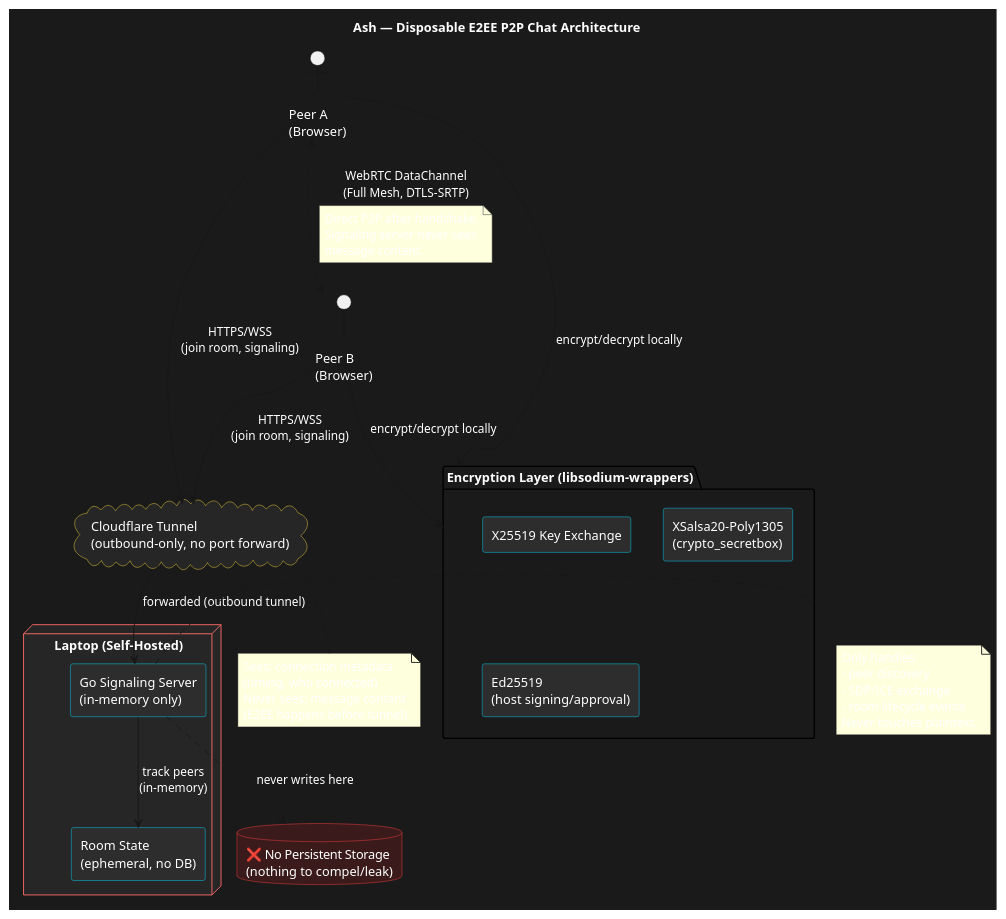
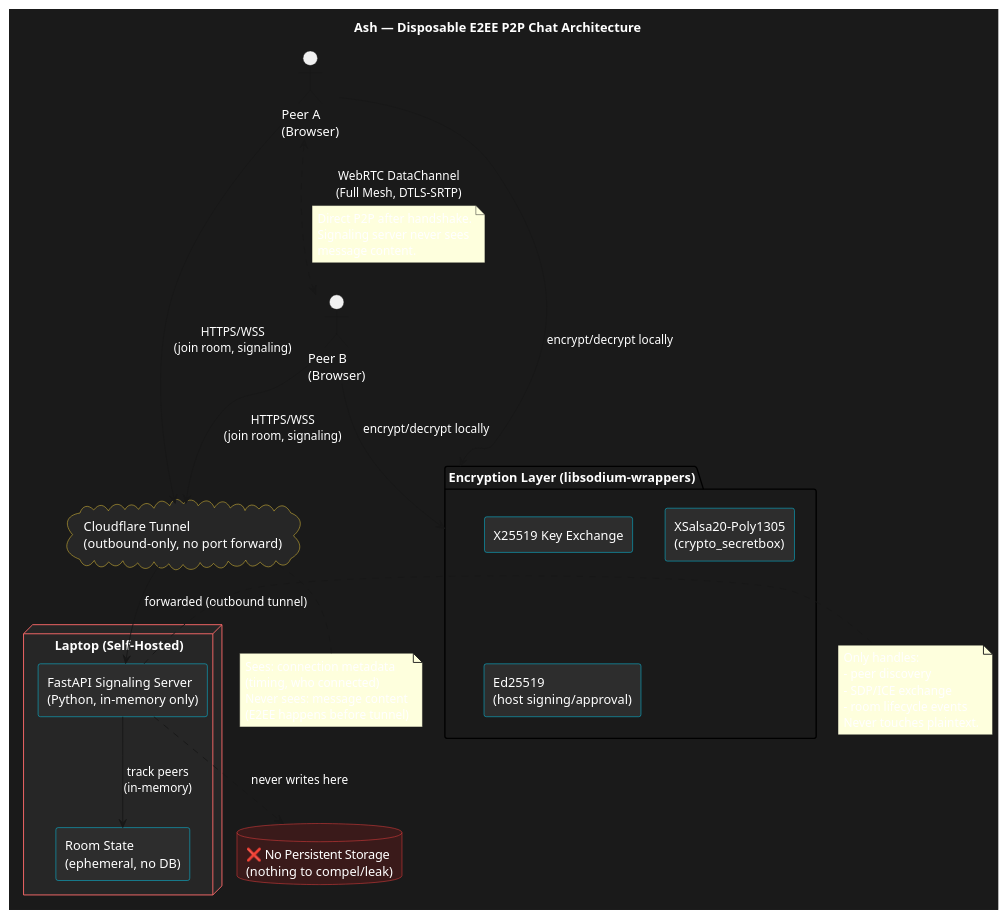
One commit to devansharora18/ash changed the diagram in docs/architecture/architecture.pu. Above: the diagram before and after it, drawn with PlantUML. The commit also changed 3 other files, not shown here.

```diff
--- a/docs/architecture/architecture.pu
+++ b/docs/architecture/architecture.pu
@@ -1,80 +1,80 @@
 @startuml Ash_Architecture
 
 skinparam backgroundColor #1a1a1a
 skinparam defaultFontColor #ffffff
 skinparam componentStyle rectangle
 
 skinparam component {
   BackgroundColor #2d2d2d
   BorderColor #00d9ff
   FontColor #ffffff
 }
 skinparam node {
   BackgroundColor #262626
   BorderColor #ff6b6b
   FontColor #ffffff
 }
 skinparam cloud {
   BackgroundColor #262626
   BorderColor #ffd93d
   FontColor #ffffff
 }
 skinparam database {
   BackgroundColor #3a1a1a
   BorderColor #ff4444
   FontColor #ffffff
 }
 
 title Ash — Disposable E2EE P2P Chat Architecture
 
 actor "Peer A\n(Browser)" as ClientA
 actor "Peer B\n(Browser)" as ClientB
 
 node "Laptop (Self-Hosted)" as Laptop {
-  component "Go Signaling Server\n(in-memory only)" as Signal
+  component "FastAPI Signaling Server\n(Python, in-memory only)" as Signal
   component "Room State\n(ephemeral, no DB)" as RoomState
 }
 
 cloud "Cloudflare Tunnel\n(outbound-only, no port forward)" as CF
 
 database "❌ No Persistent Storage\n(nothing to compel/leak)" as NoDB
 
 package "Encryption Layer (libsodium-wrappers)" as Crypto {
   component "X25519 Key Exchange" as KX
   component "XSalsa20-Poly1305\n(crypto_secretbox)" as Enc
   component "Ed25519\n(host signing/approval)" as Sign
 }
 
 ClientA --> CF : HTTPS/WSS\n(join room, signaling)
 ClientB --> CF : HTTPS/WSS\n(join room, signaling)
 CF --> Signal : forwarded (outbound tunnel)
 
 Signal --> RoomState : track peers\n(in-memory)
 Signal ..> NoDB : never writes here
 
 ClientA <..> ClientB : WebRTC DataChannel\n(Full Mesh, DTLS-SRTP)
 note on link
   Direct P2P after handshake.
   Signaling server never sees
   message content.
 end note
 
 ClientA --> Crypto : encrypt/decrypt locally
 ClientB --> Crypto : encrypt/decrypt locally
 
 note right of Signal
   Only handles:
   - peer discovery
   - SDP/ICE exchange
   - room lifecycle events
   Never touches plaintext.
 end note
 
 note bottom of CF
   Sees: connection metadata
   (timing, who connected)
   Never sees: message content
   (E2EE happens before tunnel)
 end note
 
 @enduml
```
